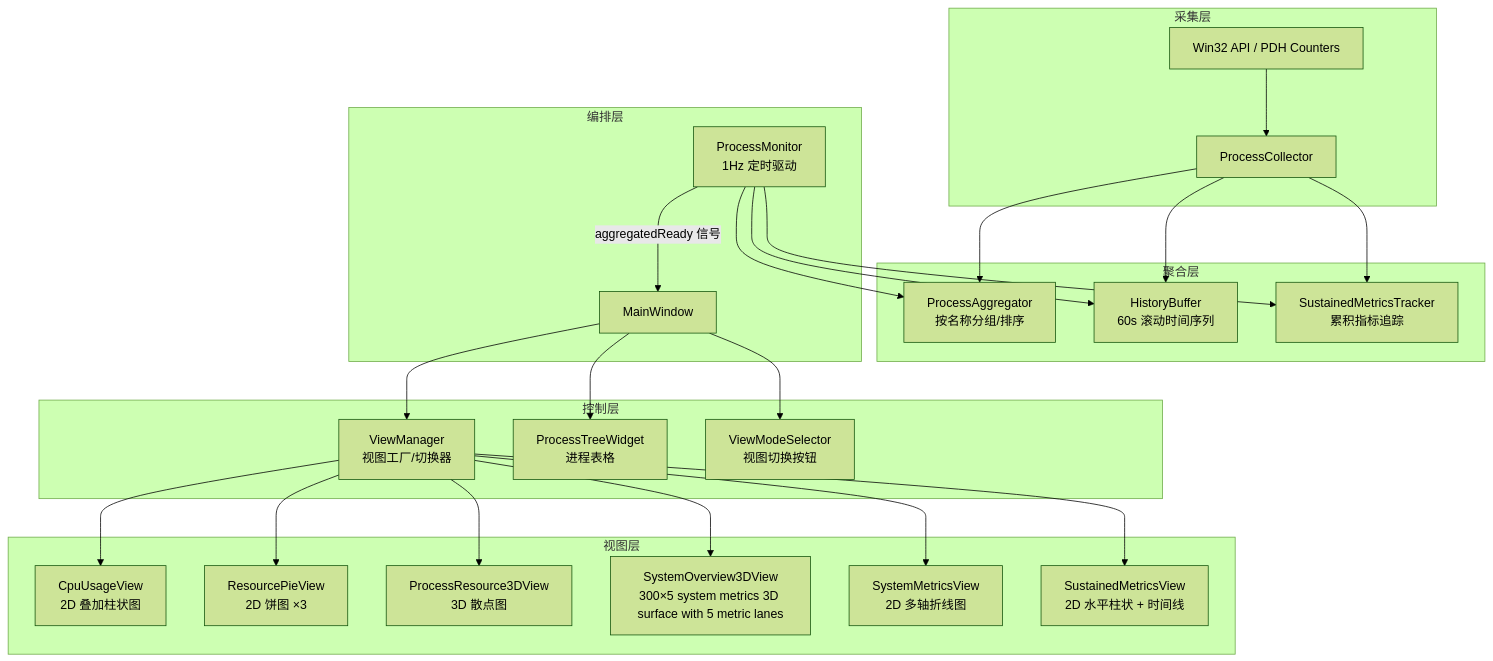
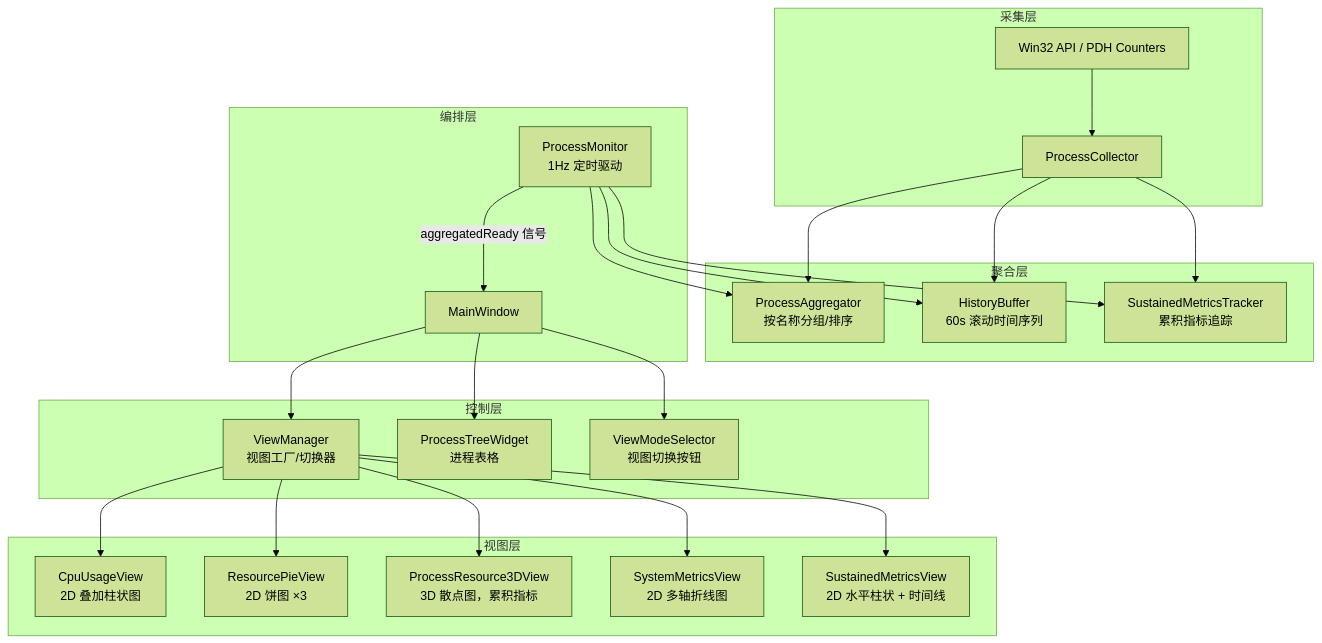
Before and after one commit to czyt1988/QIm: the diagram in examples/system-monitor/README.md, drawn with Mermaid (forest theme). The commit also changed other lines of this file and 9 other files, not shown here.

First line of the commit message:
Remove System 3D view; use Sustained Metrics for Process 3D scatter

````diff
--- a/examples/system-monitor/README.md
+++ b/examples/system-monitor/README.md
@@ -25,34 +25,33 @@
 ```mermaid
 flowchart TD
     subgraph 采集层
         API[Win32 API / PDH Counters] --> PC[ProcessCollector]
     end
     
     subgraph 聚合层
         PC --> PA[ProcessAggregator<br/>按名称分组/排序]
         PC --> HB[HistoryBuffer<br/>60s 滚动时间序列]
         PC --> SMT[SustainedMetricsTracker<br/>累积指标追踪]
     end
     
     subgraph 编排层
         PM[ProcessMonitor<br/>1Hz 定时驱动] --> PA
         PM --> HB
         PM --> SMT
         PM -- aggregatedReady 信号 --> MW[MainWindow]
     end
     
     subgraph 控制层
         MW --> VM[ViewManager<br/>视图工厂/切换器]
         MW --> PTW[ProcessTreeWidget<br/>进程表格]
         MW --> VMS[ViewModeSelector<br/>视图切换按钮]
     end
     
     subgraph 视图层
         VM --> V1[CpuUsageView<br/>2D 叠加柱状图]
         VM --> V2[ResourcePieView<br/>2D 饼图 ×3]
-        VM --> V3[ProcessResource3DView<br/>3D 散点图]
-        VM --> V4[SystemOverview3DView<br/>300×5 system metrics 3D surface with 5 metric lanes]
-        VM --> V5[SystemMetricsView<br/>2D 多轴折线图]
-        VM --> V6[SustainedMetricsView<br/>2D 水平柱状 + 时间线]
+        VM --> V3[ProcessResource3DView<br/>3D 散点图，累积指标]
+        VM --> V4[SystemMetricsView<br/>2D 多轴折线图]
+        VM --> V5[SustainedMetricsView<br/>2D 水平柱状 + 时间线]
     end
 ```
````
